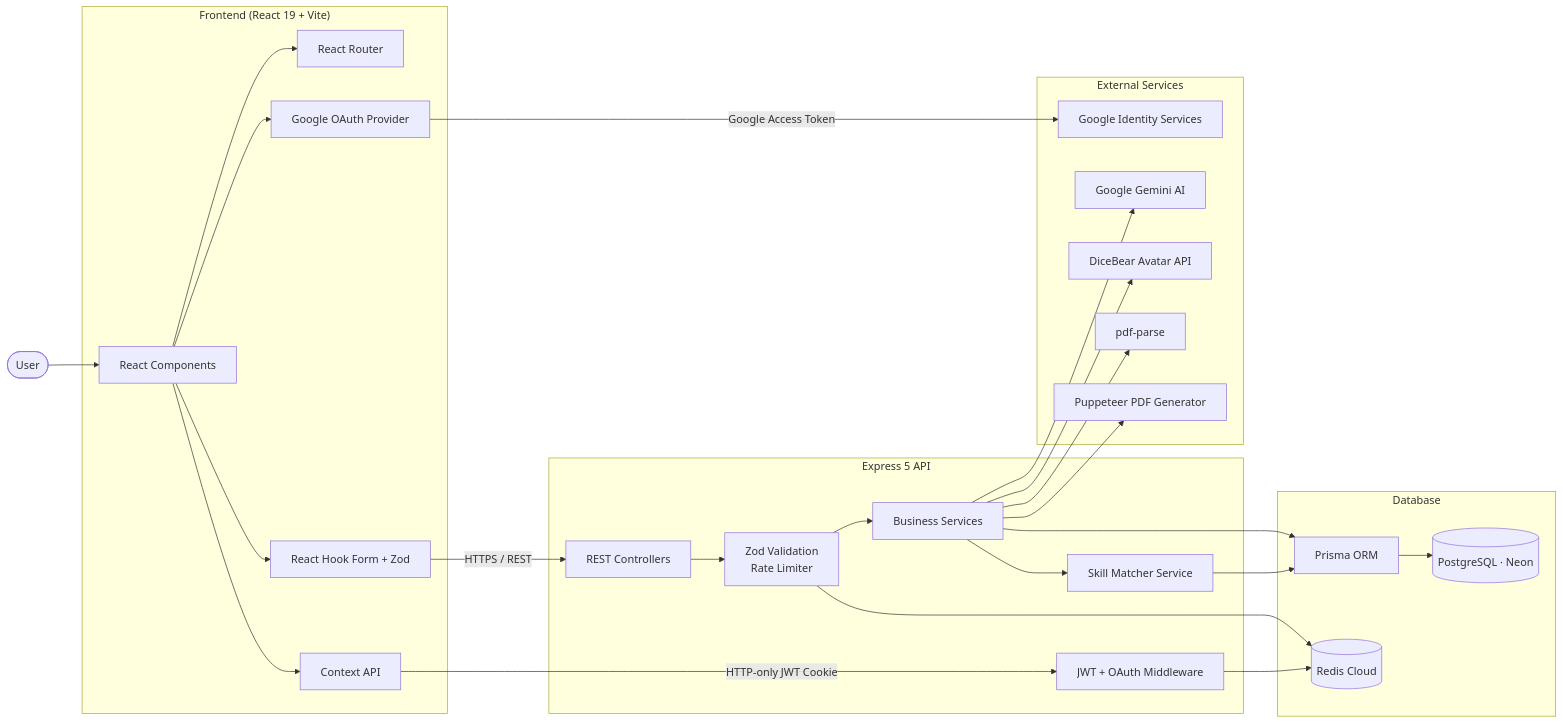
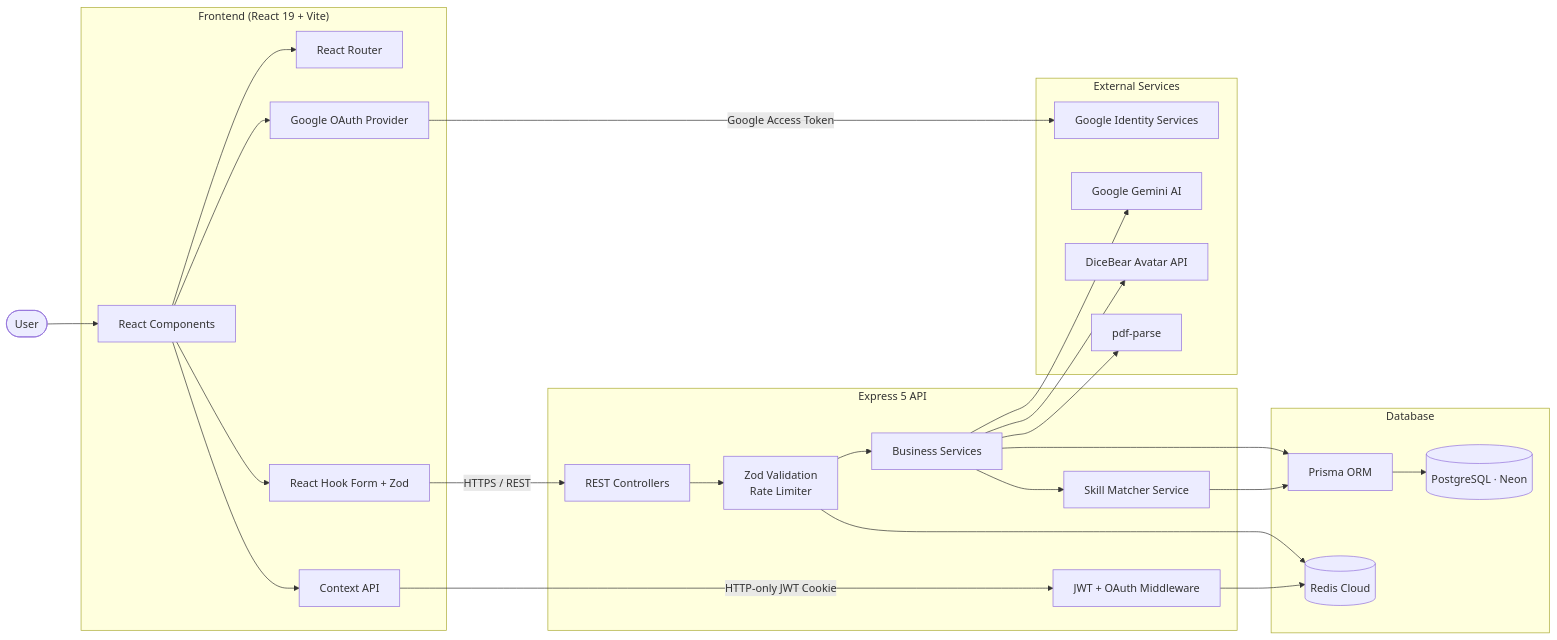
The diagram in README.md (SahilSameer18/skillbridgeAI), drawn with Mermaid before and after one commit. The commit also changed other lines of this file and 11 other files, not shown here.

````diff
--- a/README.md
+++ b/README.md
@@ -57,61 +56,59 @@
 ```mermaid
 flowchart LR
 
     User([User])
 
     subgraph Frontend["Frontend (React 19 + Vite)"]
         UI[React Components]
         Router[React Router]
         Context[Context API]
         OAuth[Google OAuth Provider]
         Forms[React Hook Form + Zod]
     end
 
     subgraph Backend["Express 5 API"]
         API[REST Controllers]
         Auth[JWT + OAuth Middleware]
         Middleware[Zod Validation<br/>Rate Limiter]
         Services[Business Services]
         Matcher[Skill Matcher Service]
     end
 
     subgraph Database["Database"]
         Prisma[Prisma ORM]
         DB[(PostgreSQL · Neon)]
         RedisCache[(Redis Cloud)]
     end
 
     subgraph External["External Services"]
         GoogleOAuth[Google Identity Services]
         Gemini[Google Gemini AI]
         DiceBear[DiceBear Avatar API]
         Parser[pdf-parse]
-        PDF[Puppeteer PDF Generator]
     end
 
     User --> UI
     UI --> Router
     UI --> Context
     UI --> OAuth
     UI --> Forms
 
     OAuth -->|Google Access Token| GoogleOAuth
     Forms -->|HTTPS / REST| API
     Context -->|HTTP-only JWT Cookie| Auth
 
     API --> Middleware
     Middleware --> Services
     
     Auth --> RedisCache
     Middleware --> RedisCache
 
     Services --> Gemini
     Services --> Parser
-    Services --> PDF
     Services --> Matcher
     Services --> DiceBear
 
     Matcher --> Prisma
     Services --> Prisma
     Prisma --> DB
 ```
````
